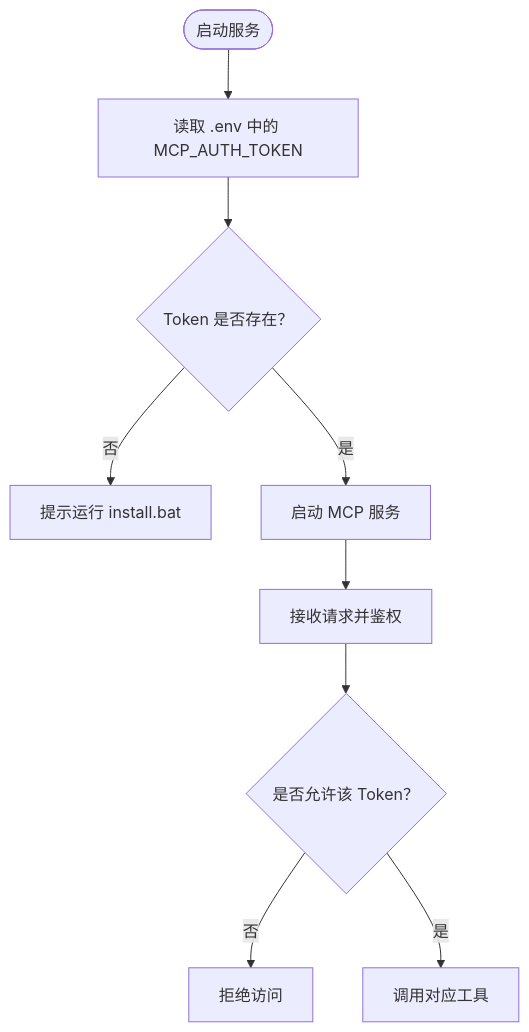
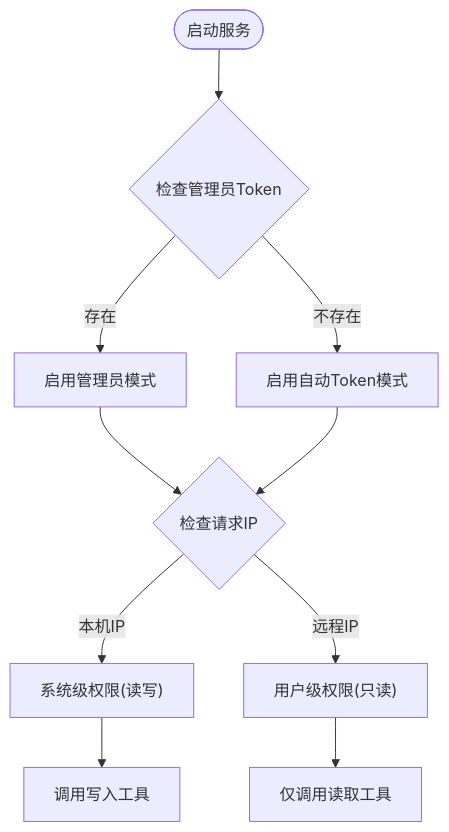
One commit to rookie-wind/web_ai changed the third of 8 diagrams in .qoder/repowiki/zh/content/项目概述/项目概述.md. Above: the diagram before and after it, drawn with Mermaid. The commit also changed other lines of this file and 117 other files, not shown here.

````diff
--- a/.qoder/repowiki/zh/content/项目概述/项目概述.md
+++ b/.qoder/repowiki/zh/content/项目概述/项目概述.md
@@ -105,11 +122,12 @@
 ```mermaid
 flowchart TD
-Start(["启动服务"]) --> ReadEnv["读取 .env 中的 MCP_AUTH_TOKEN"]
-ReadEnv --> CheckToken{"Token 是否存在？"}
-CheckToken -- "否" --> PromptInstall["提示运行 install.bat"]
-CheckToken -- "是" --> Serve["启动 MCP 服务"]
-Serve --> Route["接收请求并鉴权"]
-Route --> Allow{"是否允许该 Token？"}
-Allow -- "否" --> Deny["拒绝访问"]
-Allow -- "是" --> CallTool["调用对应工具"]
+Start(["启动服务"]) --> CheckAdmin{"检查管理员Token"}
+CheckAdmin -- "存在" --> AdminMode["启用管理员模式"]
+CheckAdmin -- "不存在" --> AutoMode["启用自动Token模式"]
+AdminMode --> LocalIP{"检查请求IP"}
+AutoMode --> LocalIP
+LocalIP -- "本机IP" --> SystemPerm["系统级权限(读写)"]
+LocalIP -- "远程IP" --> UserPerm["用户级权限(只读)"]
+SystemPerm --> ToolCall["调用写入工具"]
+UserPerm --> ReadTool["仅调用读取工具"]
 ```
````
